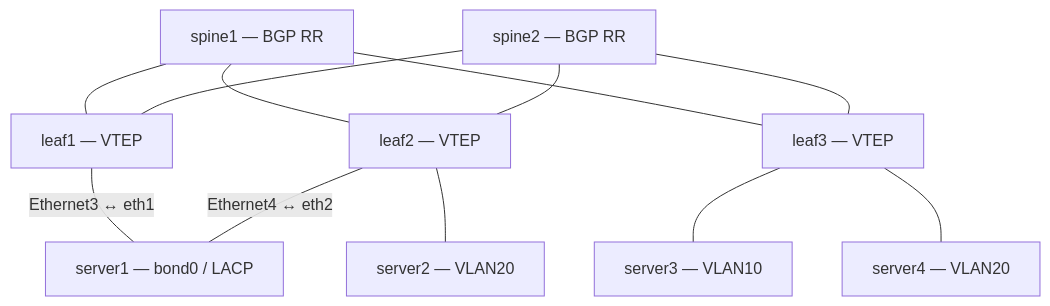
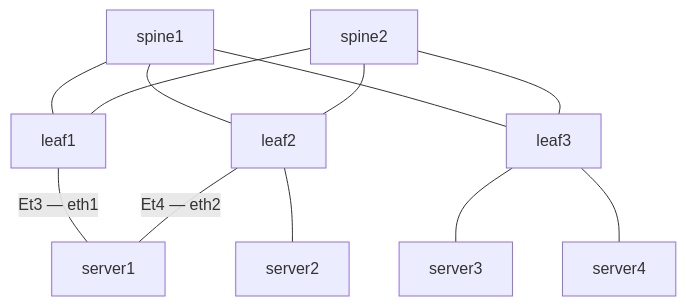
Before and after one commit to sergie21/DC_fabric: the diagram in LABs/HW7_EVPN_Multihoming/readme.md, drawn with Mermaid. The commit also changed other lines of this file, not shown here.

````diff
--- a/LABs/HW7_EVPN_Multihoming/readme.md
+++ b/LABs/HW7_EVPN_Multihoming/readme.md
@@ -23,23 +9,14 @@
 ```mermaid
 flowchart TB
-    SP1[spine1 — BGP RR]
-    SP2[spine2 — BGP RR]
-    L1[leaf1 — VTEP]
-    L2[leaf2 — VTEP]
-    L3[leaf3 — VTEP]
-    S1[server1 — bond0 / LACP]
-    S2[server2 — VLAN20]
-    S3[server3 — VLAN10]
-    S4[server4 — VLAN20]
-    SP1 --- L1
-    SP1 --- L2
-    SP1 --- L3
-    SP2 --- L1
-    SP2 --- L2
-    SP2 --- L3
-    L1 -- "Ethernet3 ↔ eth1" --- S1
-    L2 -- "Ethernet4 ↔ eth2" --- S1
-    L2 --- S2
-    L3 --- S3
-    L3 --- S4
+    spine1 --- leaf1
+    spine1 --- leaf2
+    spine1 --- leaf3
+    spine2 --- leaf1
+    spine2 --- leaf2
+    spine2 --- leaf3
+    leaf1 -- "Et3 — eth1" --- server1
+    leaf2 -- "Et4 — eth2" --- server1
+    leaf2 --- server2
+    leaf3 --- server3
+    leaf3 --- server4
 ```
````
